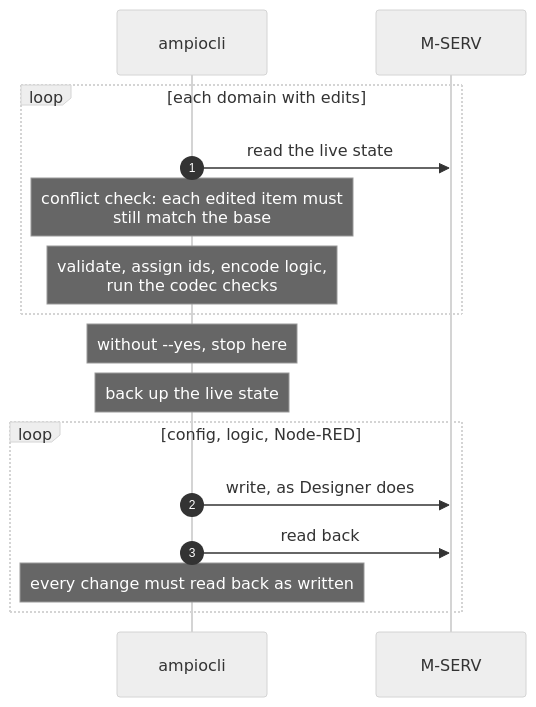
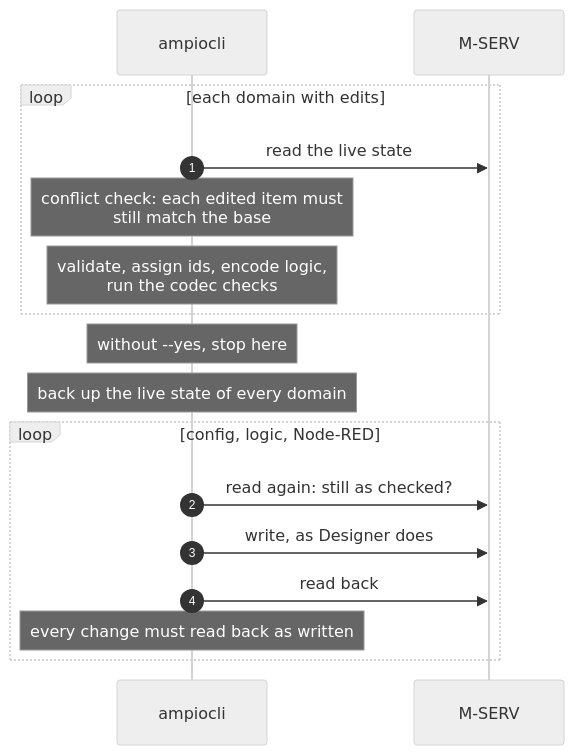
The second of 3 diagrams in README.md (daisied/ampiocli), drawn with Mermaid (neutral theme) before and after one commit. The commit also changed other lines of this file and 27 other files, not shown here.

````diff
--- a/README.md
+++ b/README.md
@@ -84,18 +87,19 @@
 ```mermaid
 sequenceDiagram
   autonumber
   participant cli as ampiocli
   participant m as M-SERV
   loop each domain with edits
     cli->>m: read the live state
     Note over cli: conflict check: each edited item must<br/>still match the base
     Note over cli: validate, assign ids, encode logic,<br/>run the codec checks
   end
   Note over cli: without --yes, stop here
-  Note over cli: back up the live state
+  Note over cli: back up the live state of every domain
   loop config, logic, Node-RED
+    cli->>m: read again: still as checked?
     cli->>m: write, as Designer does
     cli->>m: read back
     Note over cli: every change must read back as written
   end
 ```
````
